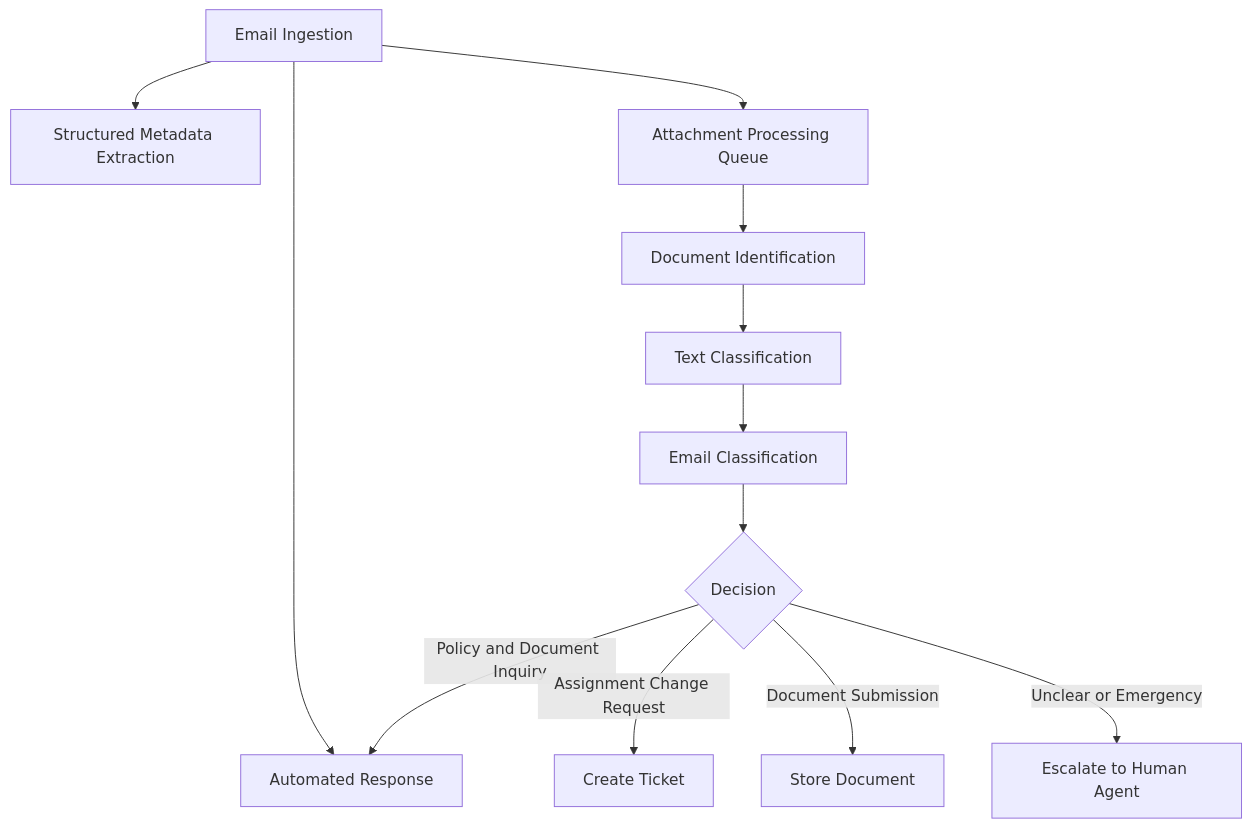
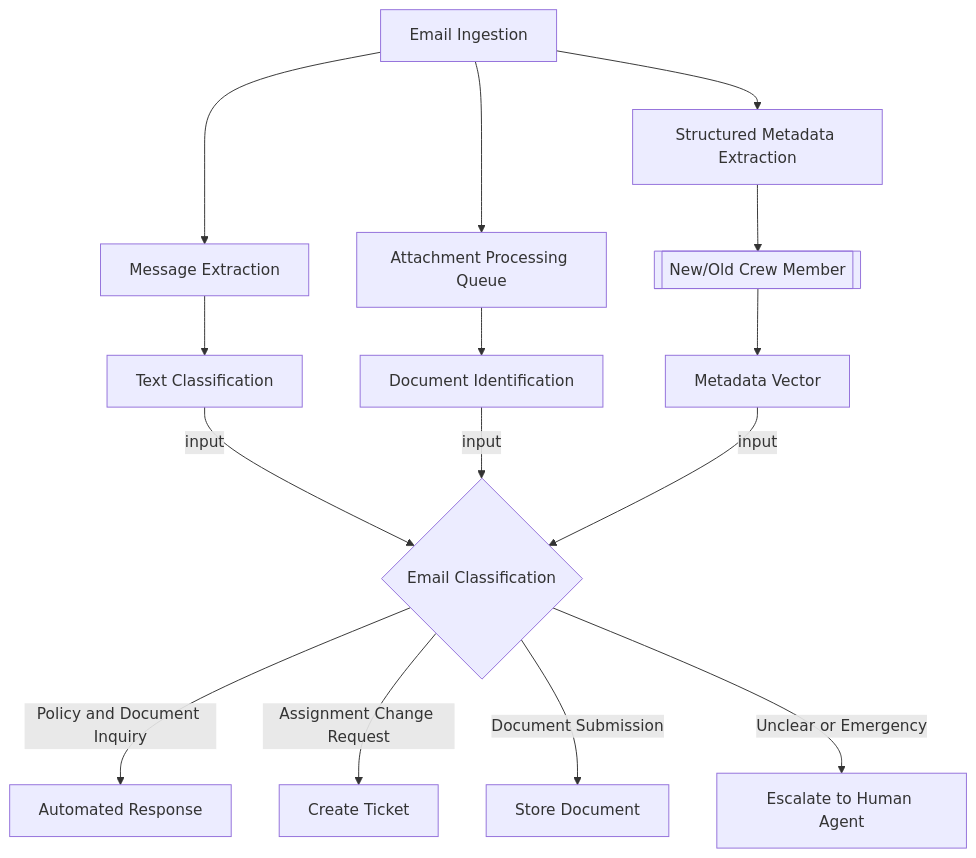
Before and after one commit to risan-raja/bedrock: the diagram in email_ingestion.md, drawn with Mermaid. The commit also changed other lines of this file and 2 other files, not shown here.

Commit message:
FloW Chart

````diff
--- a/email_ingestion.md
+++ b/email_ingestion.md
@@ -33,15 +35,17 @@
 ```mermaid
 flowchart TD
     A[Email Ingestion] --> B[Structured Metadata Extraction]
     A --> C[Attachment Processing Queue]
-    A --> H[Message Extraction]
+    A --> M[Message Extraction]
+    B --> L[[New/Old Crew Member]]
+    L --> N[Metadata Vector]
     C --> D[Document Identification]
-    D --> E[Text Classification]
-    E --> F[Email Classification]
-    F --> G{Decision}
-    G -->|Policy and Document Inquiry| H[Automated Response]
-    G -->|Assignment Change Request| I[Create Ticket]
-    G -->|Document Submission| J[Store Document]
-    G -->|Unclear or Emergency| K[Escalate to Human Agent]
-
+    M --> E[Text Classification]
+    E --> |input| F{Email Classification}
+    D --> |input| F{Email Classification}
+    N --> |input| F{Email Classification}
+    F -->|Policy and Document Inquiry| H[Automated Response]
+    F -->|Assignment Change Request| I[Create Ticket]
+    F -->|Document Submission| J[Store Document]
+    F -->|Unclear or Emergency| K[Escalate to Human Agent]
 ```
````
